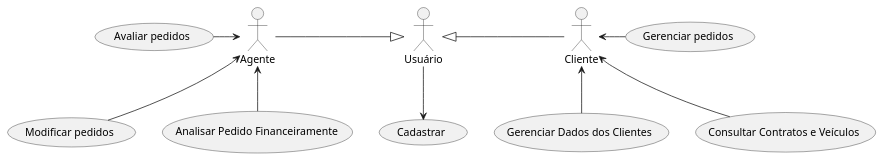
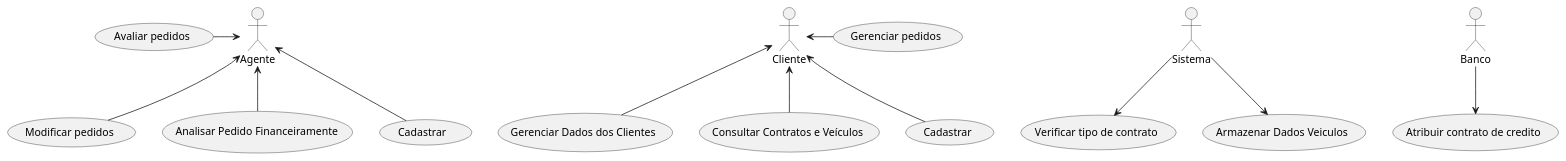
One commit to pauladefreitas/Lab02 changed the diagram in Projeto/DiagramaCasoDeUso.puml. Above: the diagram before and after it, drawn with PlantUML. The commit also changed 1 other file, not shown here.

Commit message:
atualização diagrama caso de uso

```diff
--- a/Projeto/DiagramaCasoDeUso.puml
+++ b/Projeto/DiagramaCasoDeUso.puml
@@ -1,27 +1,37 @@
 @startuml
 
 "Cliente" as c
 c <-right- (UC2)
 c <-- (UC5)
 c <-- (UC6)
 
 "Agente" as a
 a <-- (UC3)
 a <-left- (UC4)
 a <-down- (UC7)
 
-"Usuário" as user
-user -down-> (UC1)
+"Sistema" as s
+s --> (UC11)
+s --> (UC10)
 
-user <|-right- c
-user <|-left- a
+"Banco" as b 
+b --> (UC12)  
 
 "Cadastrar" as (UC1)
+"Cadastrar " as (UC8)
+
+c <-- (UC1)
+a <-- (UC8)
+
+
 "Gerenciar pedidos" as (UC2)
 "Modificar pedidos" as (UC3)
 "Avaliar pedidos" as (UC4)
 "Gerenciar Dados dos Clientes" as (UC5)
 "Consultar Contratos e Veículos" as (UC6)
 "Analisar Pedido Financeiramente" as (UC7)
+"Armazenar Dados Veiculos" as (UC10)
+"Verificar tipo de contrato" as (UC11)
+"Atribuir contrato de credito" as (UC12)
 
 @enduml
```
